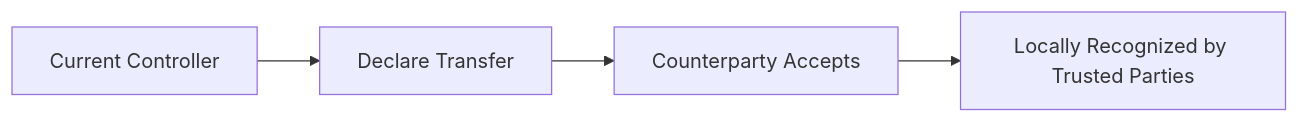
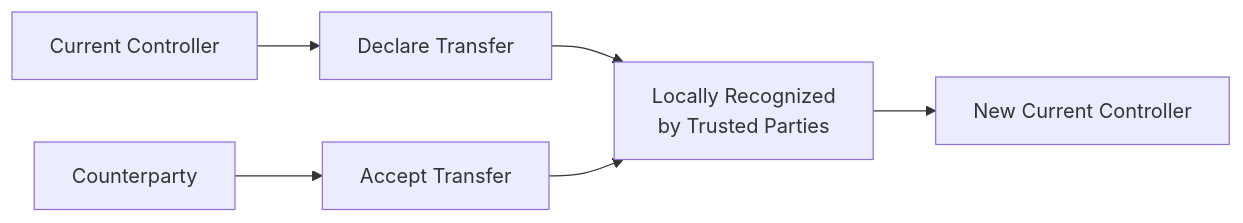
The fourth of 7 diagrams in docs/specs/CANONICAL_ETR_TRANSACTION_INFOGRAPHIC.md (trbouma/openetr), drawn with Mermaid before and after one commit. The commit also changed other lines of this file, not shown here.

````diff
--- a/docs/specs/CANONICAL_ETR_TRANSACTION_INFOGRAPHIC.md
+++ b/docs/specs/CANONICAL_ETR_TRANSACTION_INFOGRAPHIC.md
@@ -56,6 +57,8 @@
 ```mermaid
 flowchart LR
     A["Current Controller"] --> B["Declare Transfer"]
-    B --> C["Counterparty Accepts"]
-    C --> D["Locally Recognized by Trusted Parties"]
+    C["Counterparty"] --> D["Accept Transfer"]
+    B --> E["Locally Recognized<br>by Trusted Parties"]
+    D --> E
+    E --> F["New Current Controller"]
 ```
````
